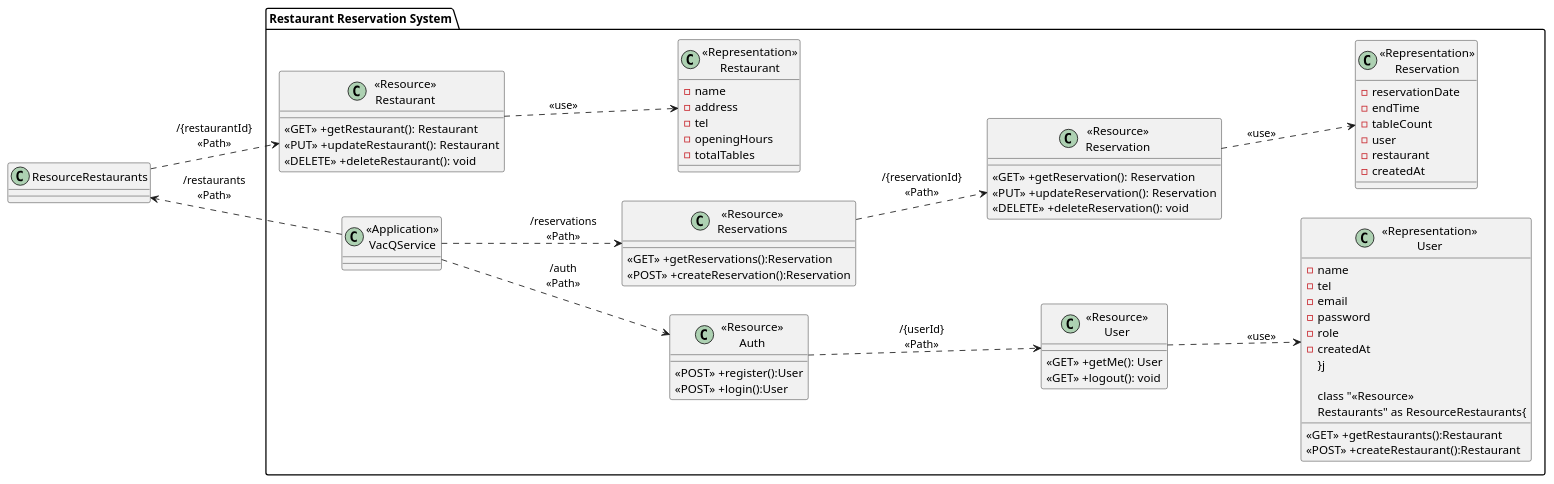
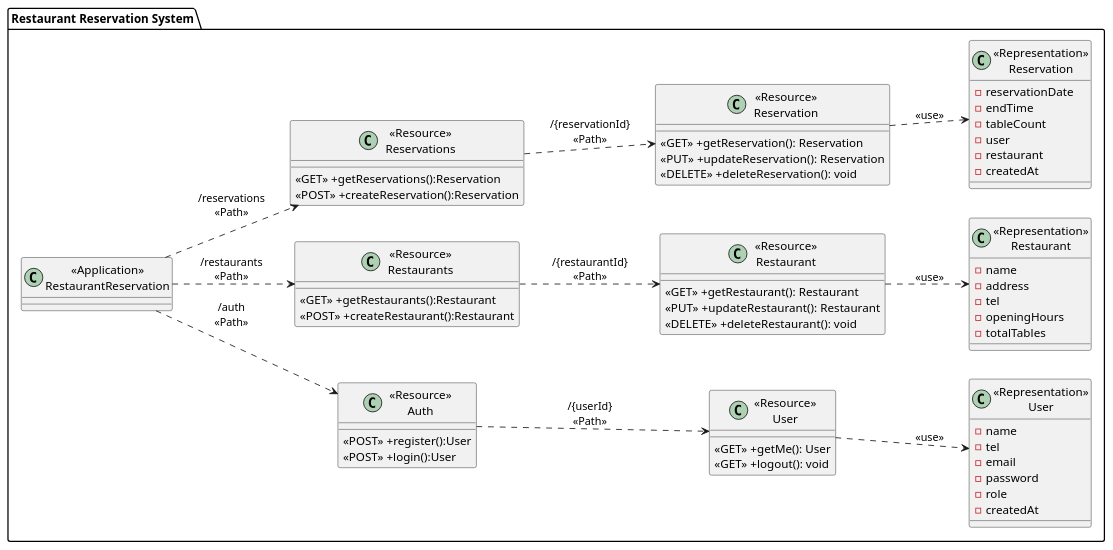
One commit to 2110503-CEDT68/be-project-68-null changed the diagram in diagrams/class-diagram.puml. Above: the diagram before and after it, drawn with PlantUML.

```diff
--- a/diagrams/class-diagram.puml
+++ b/diagrams/class-diagram.puml
@@ -1,78 +1,78 @@
 @startuml
 left to right direction
 package "Restaurant Reservation System"{
-    class "<<Application>>\nVacQService" as VacQService{}
+    class "<<Application>>\nRestaurantReservation" as RestaurantReservation{}
 
     class "<<Resource>>\nAuth" as ResourceAuth{
         <<POST>> +register():User
         <<POST>> +login():User
     }
 
     class "<<Resource>>\nUser" as ResourceUser {
         <<GET>> +getMe(): User
         <<GET>> +logout(): void
     }
 
     class "<<Representation>>\nUser" as RepresentationUser {
         -name
         -tel
         -email
         -password
         -role
         -createdAt
-    }j
+    }
 
     class "<<Resource>>\nRestaurants" as ResourceRestaurants{
         <<GET>> +getRestaurants():Restaurant
         <<POST>> +createRestaurant():Restaurant
     }
 
     class "<<Resource>>\nRestaurant" as ResourceRestaurant {
         <<GET>> +getRestaurant(): Restaurant
         <<PUT>> +updateRestaurant(): Restaurant
         <<DELETE>> +deleteRestaurant(): void
     }
 
     class "<<Representation>>\nRestaurant" as RepresentationRestaurant {
         -name
         -address
         -tel
         -openingHours
         -totalTables
     }
 
     class "<<Resource>>\nReservations" as ResourceReservations{
         <<GET>> +getReservations():Reservation
         <<POST>> +createReservation():Reservation
     }
 
     class "<<Resource>>\nReservation" as ResourceReservation {
         <<GET>> +getReservation(): Reservation
         <<PUT>> +updateReservation(): Reservation
         <<DELETE>> +deleteReservation(): void
     }
 
     class "<<Representation>>\nReservation" as RepresentationReservation {
         -reservationDate
         -endTime
         -tableCount
         -user
         -restaurant
         -createdAt
     }
 
 }
 
-VacQService ..> ResourceAuth:"/auth\n<<Path>>"
+RestaurantReservation ..> ResourceAuth:"/auth\n<<Path>>"
 ResourceAuth ..> ResourceUser: "/{userId}\n<<Path>>"
 ResourceUser ..> RepresentationUser: "<<use>>"
 
-VacQService ..> ResourceRestaurants:"/restaurants\n<<Path>>"
+RestaurantReservation ..> ResourceRestaurants:"/restaurants\n<<Path>>"
 ResourceRestaurants ..> ResourceRestaurant: "/{restaurantId}\n<<Path>>"
 ResourceRestaurant ..> RepresentationRestaurant: "<<use>>"
 
-VacQService ..> ResourceReservations:"/reservations\n<<Path>>"
+RestaurantReservation ..> ResourceReservations:"/reservations\n<<Path>>"
 ResourceReservations ..> ResourceReservation: "/{reservationId}\n<<Path>>"
 ResourceReservation ..> RepresentationReservation: "<<use>>"
 
 @enduml
```
